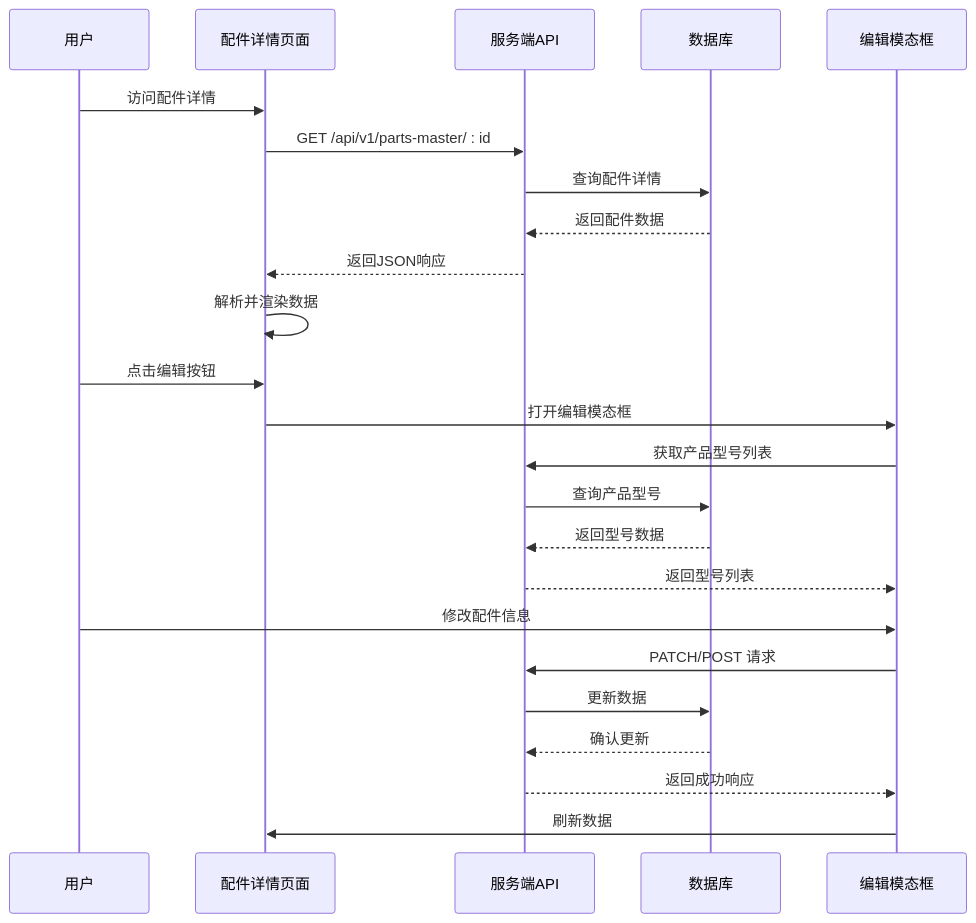
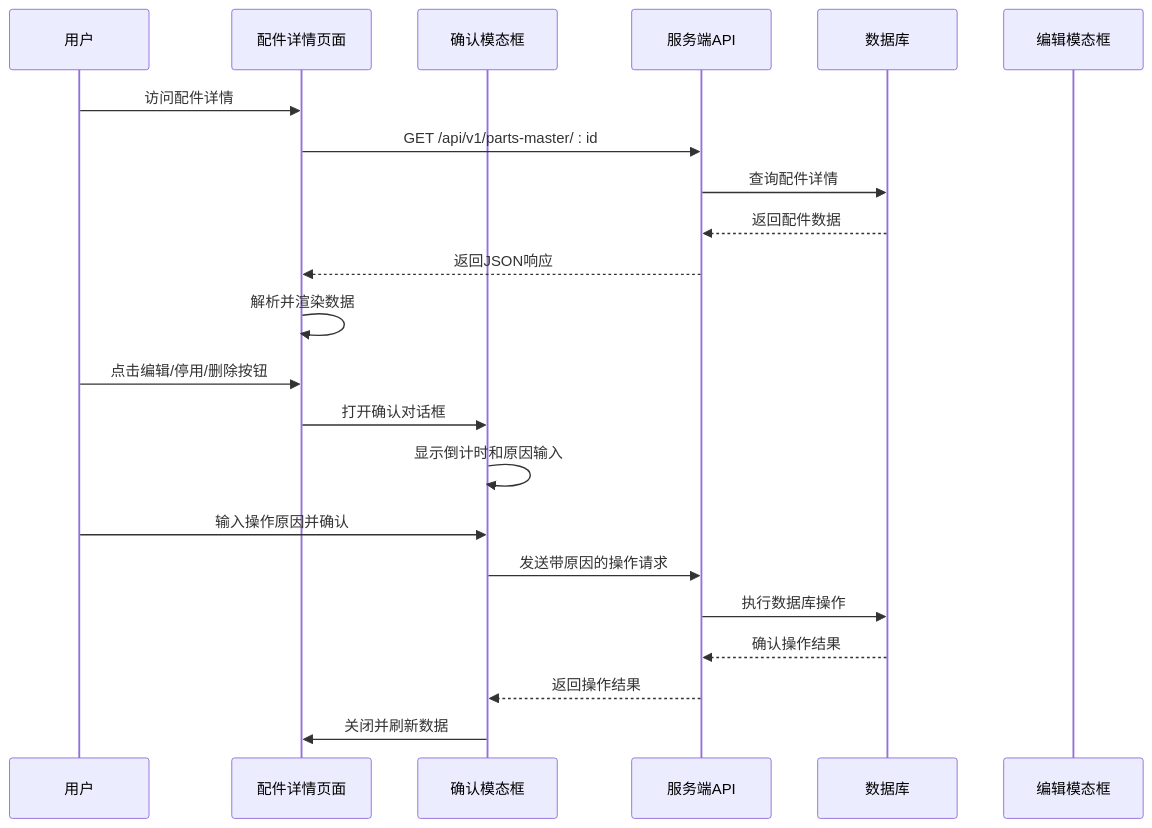
One commit to CubeEdge/Longhorn changed the second of 10 diagrams in .qoder/repowiki/zh/content/前端组件架构/配件详情页面组件.md. Above: the diagram before and after it, drawn with Mermaid. The commit also changed other lines of this file and 28 other files, not shown here.

````diff
--- a/.qoder/repowiki/zh/content/前端组件架构/配件详情页面组件.md
+++ b/.qoder/repowiki/zh/content/前端组件架构/配件详情页面组件.md
@@ -103,26 +136,24 @@
 ```mermaid
 sequenceDiagram
 participant User as 用户
 participant DetailPage as 配件详情页面
+participant ConfirmModal as 确认模态框
 participant API as 服务端API
 participant Database as 数据库
 participant EditModal as 编辑模态框
 User->>DetailPage : 访问配件详情
 DetailPage->>API : GET /api/v1/parts-master/ : id
 API->>Database : 查询配件详情
 Database-->>API : 返回配件数据
 API-->>DetailPage : 返回JSON响应
 DetailPage->>DetailPage : 解析并渲染数据
-User->>DetailPage : 点击编辑按钮
-DetailPage->>EditModal : 打开编辑模态框
-EditModal->>API : 获取产品型号列表
-API->>Database : 查询产品型号
-Database-->>API : 返回型号数据
-API-->>EditModal : 返回型号列表
-User->>EditModal : 修改配件信息
-EditModal->>API : PATCH/POST 请求
-API->>Database : 更新数据
-Database-->>API : 确认更新
-API-->>EditModal : 返回成功响应
-EditModal->>DetailPage : 刷新数据
+User->>DetailPage : 点击编辑/停用/删除按钮
+DetailPage->>ConfirmModal : 打开确认对话框
+ConfirmModal->>ConfirmModal : 显示倒计时和原因输入
+User->>ConfirmModal : 输入操作原因并确认
+ConfirmModal->>API : 发送带原因的操作请求
+API->>Database : 执行数据库操作
+Database-->>API : 确认操作结果
+API-->>ConfirmModal : 返回操作结果
+ConfirmModal->>DetailPage : 关闭并刷新数据
 ```
````
